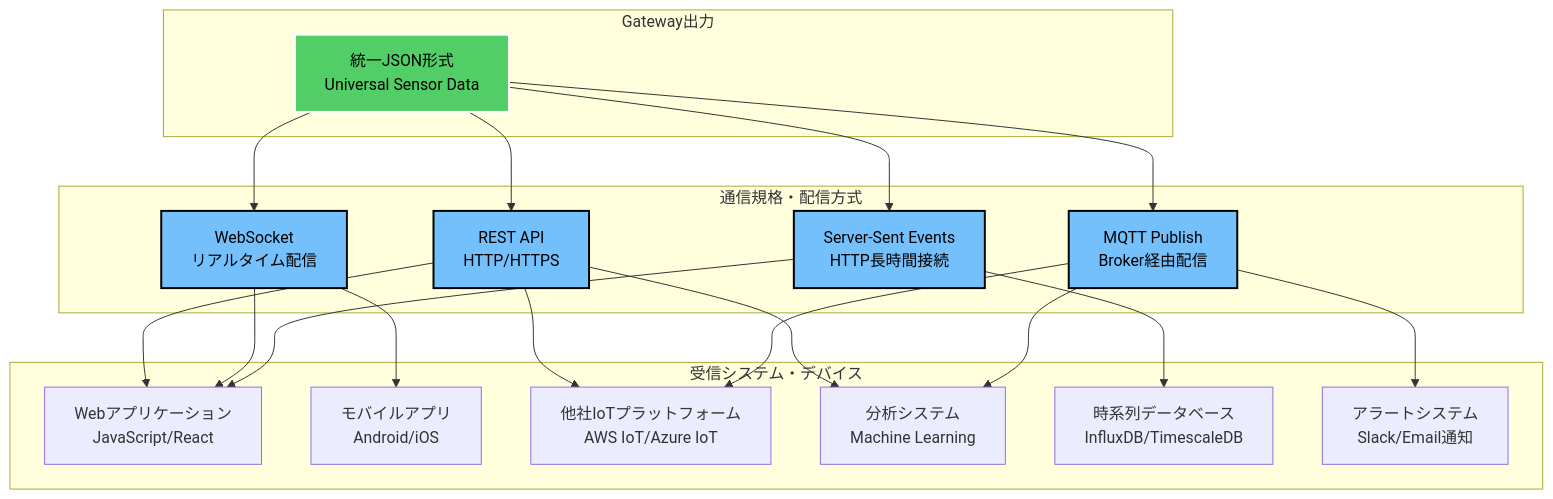
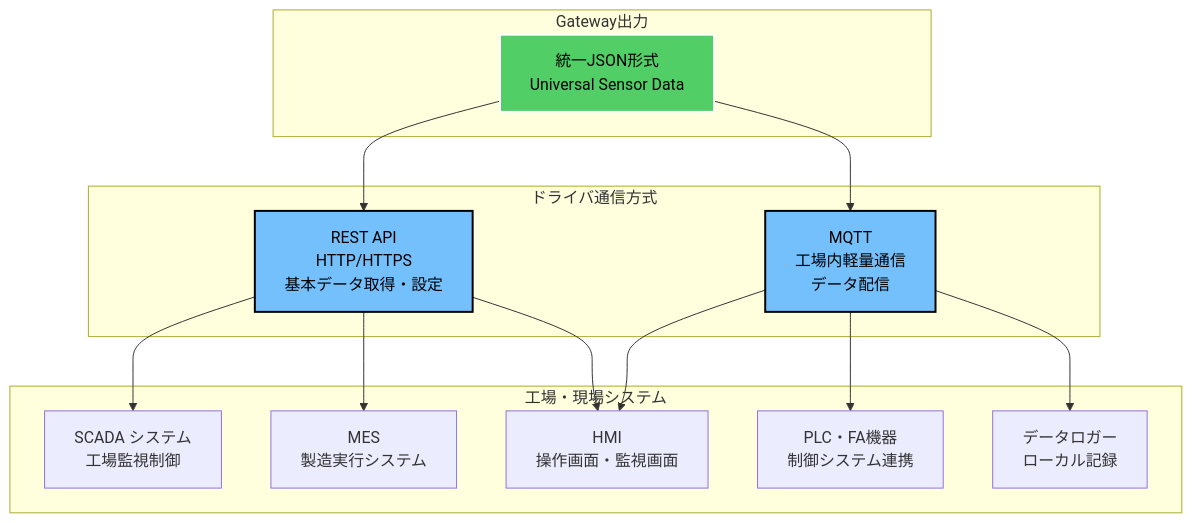
One commit to w-pinkietech/iot4-copy changed the sixth of 15 diagrams in docs/new-system/architecture/system-overview-diagrams.md. Above: the diagram before and after it, drawn with Mermaid. The commit also changed other lines of this file, not shown here.

Commit message:
docs: Simplify communication protocols for factory/field driver use case
Refocus Gateway output communication from over-engineered cloud/web
architecture to practical factory driver design. Remove unnecessary
protocols (WebSocket, SSE, cloud services) and focus on reliable
industrial standards: REST API for basic operations and MQTT for
lightweight factory communication with SCADA, MES, HMI, and PLC systems.

🤖 Generated with [Claude Code](https://claude.ai/code)

````diff
--- a/docs/new-system/architecture/system-overview-diagrams.md
+++ b/docs/new-system/architecture/system-overview-diagrams.md
@@ -265,47 +270,34 @@
 ```mermaid
 graph TB
     subgraph "Gateway出力"
         GW_OUT[統一JSON形式<br/>Universal Sensor Data]
     end
     
-    subgraph "通信規格・配信方式"
-        REST[REST API<br/>HTTP/HTTPS]
-        WS[WebSocket<br/>リアルタイム配信]
-        MQTT_OUT[MQTT Publish<br/>Broker経由配信]
-        SSE[Server-Sent Events<br/>HTTP長時間接続]
+    subgraph "ドライバ通信方式"
+        REST[REST API<br/>HTTP/HTTPS<br/>基本データ取得・設定]
+        MQTT_OUT[MQTT<br/>工場内軽量通信<br/>データ配信]
     end
     
-    subgraph "受信システム・デバイス"
-        WEB_APP[Webアプリケーション<br/>JavaScript/React]
-        MOBILE[モバイルアプリ<br/>Android/iOS]
-        OTHER_IOT[他社IoTプラットフォーム<br/>AWS IoT/Azure IoT]
-        ANALYTICS[分析システム<br/>Machine Learning]
-        STORAGE[時系列データベース<br/>InfluxDB/TimescaleDB]
-        ALERT[アラートシステム<br/>Slack/Email通知]
+    subgraph "工場・現場システム"
+        SCADA[SCADA システム<br/>工場監視制御]
+        MES[MES<br/>製造実行システム]
+        HMI[HMI<br/>操作画面・監視画面]
+        PLC[PLC・FA機器<br/>制御システム連携]
+        LOGGER[データロガー<br/>ローカル記録]
     end
     
     GW_OUT --> REST
-    GW_OUT --> WS
     GW_OUT --> MQTT_OUT
-    GW_OUT --> SSE
     
-    REST --> WEB_APP
-    REST --> OTHER_IOT
-    REST --> ANALYTICS
+    REST --> SCADA
+    REST --> MES
+    REST --> HMI
     
-    WS --> WEB_APP
-    WS --> MOBILE
-    
-    MQTT_OUT --> OTHER_IOT
-    MQTT_OUT --> ANALYTICS
-    MQTT_OUT --> ALERT
-    
-    SSE --> WEB_APP
-    SSE --> STORAGE
+    MQTT_OUT --> PLC
+    MQTT_OUT --> LOGGER
+    MQTT_OUT --> HMI
     
     style GW_OUT fill:#51cf66,stroke:#fff,stroke-width:2px,color:#000
     style REST fill:#74c0fc,stroke:#000,stroke-width:2px,color:#000
-    style WS fill:#74c0fc,stroke:#000,stroke-width:2px,color:#000
     style MQTT_OUT fill:#74c0fc,stroke:#000,stroke-width:2px,color:#000
-    style SSE fill:#74c0fc,stroke:#000,stroke-width:2px,color:#000
 ```
````
